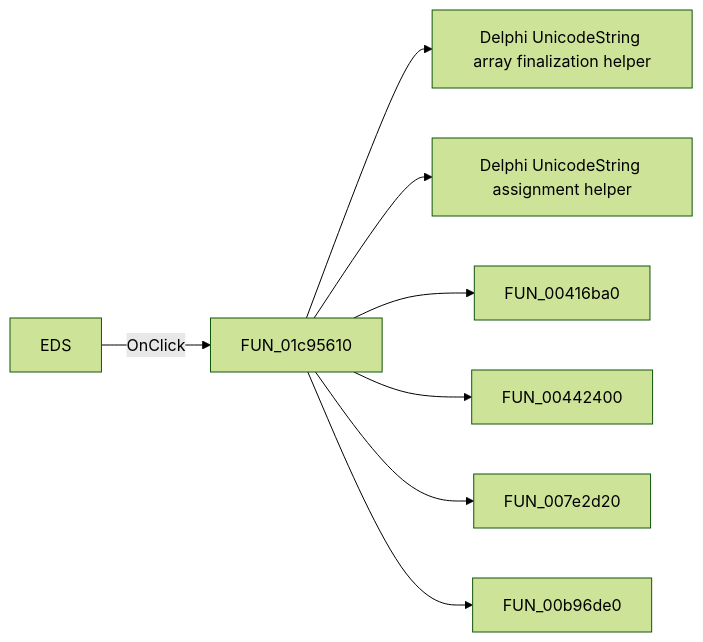
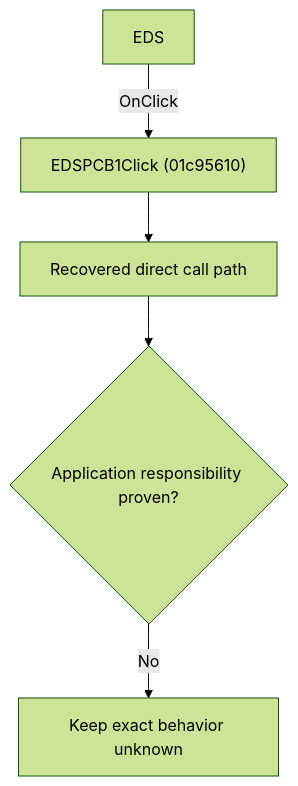
The diagram in docs/ui-controls/schematiceditor/edspcb1-00a34fbb36.md (MovGP0/TIARA), drawn with Mermaid (forest theme) before and after one commit. The commit also changed other lines of this file and 1062 other files, not shown here.

````diff
--- a/docs/ui-controls/schematiceditor/edspcb1-00a34fbb36.md
+++ b/docs/ui-controls/schematiceditor/edspcb1-00a34fbb36.md
@@ -27,10 +27,7 @@
 ```mermaid
-flowchart LR
-    control["EDS"] -->|OnClick| handler["FUN_01c95610"]
-    handler --> call1["Delphi UnicodeString array finalization helper"]
-    handler --> call2["Delphi UnicodeString assignment helper"]
-    handler --> call3["FUN_00416ba0"]
-    handler --> call4["FUN_00442400"]
-    handler --> call5["FUN_007e2d20"]
-    handler --> call6["FUN_00b96de0"]
+flowchart TD
+    control["EDS"] -->|"OnClick"| handler["EDSPCB1Click (01c95610)"]
+    handler --> recovered["Recovered direct call path"]
+    recovered --> gap{"Application responsibility proven?"}
+    gap -->|"No"| blocked["Keep exact behavior unknown"]
 ```
````
